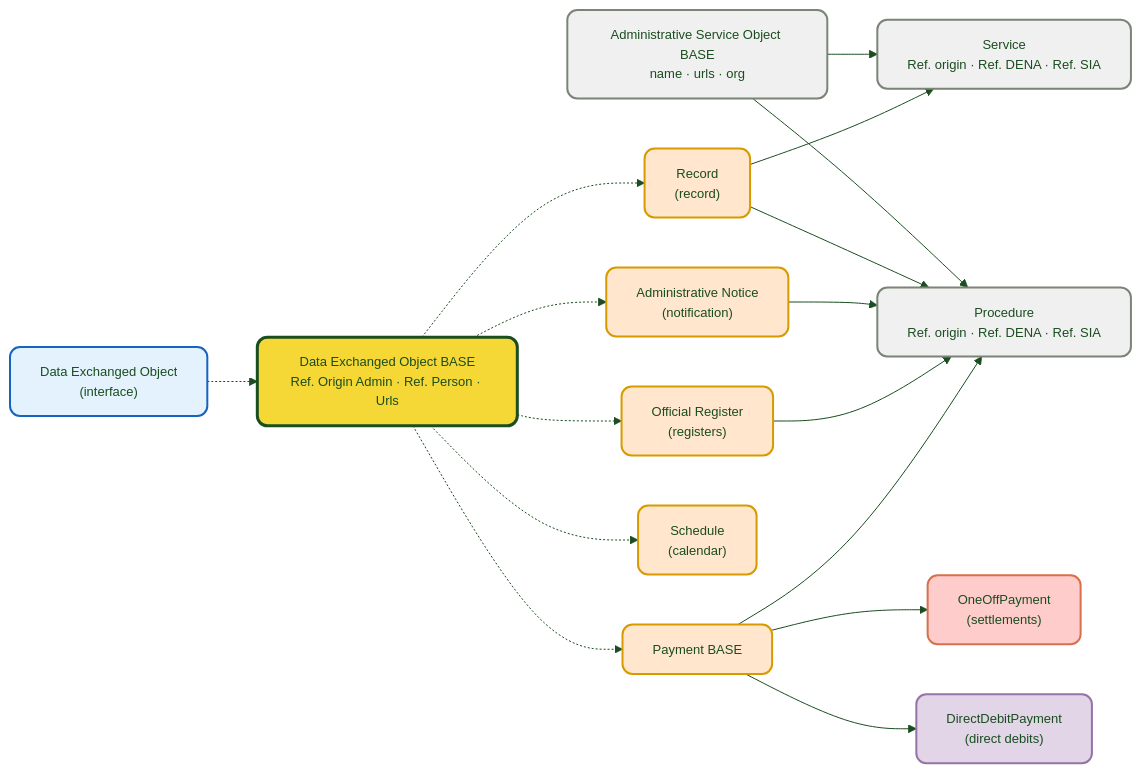
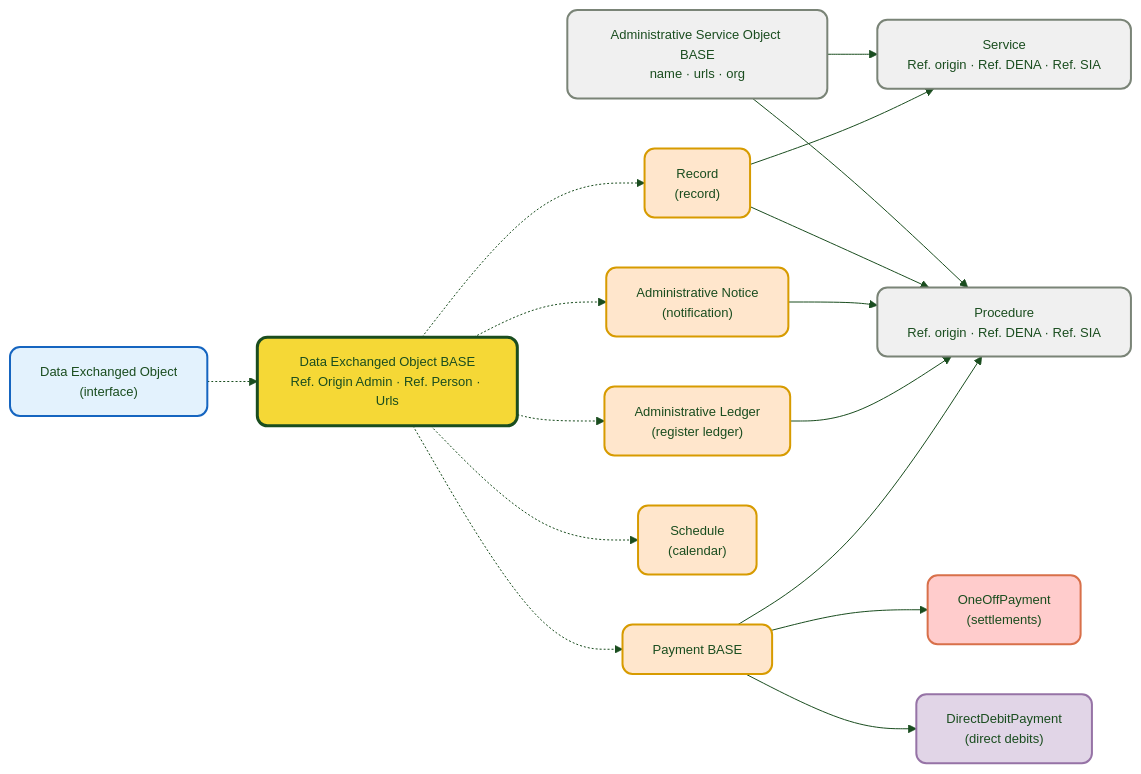
Before and after one commit to DENA-Euskadi/dena-euskadi.github.io: the first of 3 diagrams in docs/semantica/data-retrieve/index.en.md, drawn with Mermaid. The commit also changed other lines of this file and 75 other files, not shown here.

````diff
--- a/docs/semantica/data-retrieve/index.en.md
+++ b/docs/semantica/data-retrieve/index.en.md
@@ -25,74 +25,74 @@
 ```mermaid
 ---
 config:
   theme: base
   themeVariables:
     primaryColor: "#FFFFFF"
     primaryTextColor: "#1a4d1f"
     primaryBorderColor: "#70d680"
     lineColor: "#1a4d1f"
     fontSize: "13px"
     fontFamily: "Manrope, sans-serif"
     edgeLabelBackground: "#FFFFFF"
 ---
 flowchart LR
     IFACE["Data Exchanged Object\n(interface)"]
     BASE["Data Exchanged Object BASE\nRef. Origin Admin · Ref. Person · Urls"]
 
     IFACE -.-> BASE
 
     RECORD["Record\n(record)"]
     NOTICE["Administrative Notice\n(notification)"]
-    REGISTRY["Official Register\n(registers)"]
+    REGISTRY["Administrative Ledger\n(register ledger)"]
     PAYBASE["Payment BASE"]
     SCHEDULE["Schedule\n(calendar)"]
 
     BASE -.-> RECORD
     BASE -.-> NOTICE
     BASE -.-> REGISTRY
     BASE -.-> PAYBASE
     BASE -.-> SCHEDULE
 
     ONEOFF["OneOffPayment\n(settlements)"]
     DIRECTDEBIT["DirectDebitPayment\n(direct debits)"]
 
     PAYBASE --> ONEOFF
     PAYBASE --> DIRECTDEBIT
 
     SRVBASE["Administrative Service Object BASE\nname · urls · org"]
     SRV["Service\nRef. origin · Ref. DENA · Ref. SIA"]
     PROC["Procedure\nRef. origin · Ref. DENA · Ref. SIA"]
 
     SRVBASE --> SRV
     SRVBASE --> PROC
 
     RECORD --> SRV
     RECORD --> PROC
     NOTICE --> PROC
     REGISTRY --> PROC
     PAYBASE --> PROC
 
     click RECORD "./data/expediente/" "Ver documentación de Expediente"
     click NOTICE "./data/notificacion/" "Ver documentación de Notificación"
-    click REGISTRY "./data/registro-oficial/" "Ver documentación de Registro Oficial"
+    click REGISTRY "./data/libro-registro/" "See Register Ledger documentation"
     click PAYBASE "./data/pago/" "Ver documentación de Pagos"
     click ONEOFF "./data/pago/" "Ver documentación de Pago Único"
     click DIRECTDEBIT "./data/pago/" "Ver documentación de Domiciliación"
     click SCHEDULE "./data/cita/" "Ver documentación de Cita"
     click SRV "./data/servicio-administrativo/" "Ver documentación de Servicio"
     click PROC "./data/servicio-administrativo/" "Ver documentación de Procedimiento"
     click BASE "./data/campos-comunes/" "Ver campos comunes heredados"
 
     style IFACE fill:#e3f2fd,stroke:#1565c0,color:#1a4d1f,stroke-width:2px,rx:10,ry:10
     style BASE fill:#f5d836,stroke:#1a4d1f,color:#1a4d1f,stroke-width:3px,rx:10,ry:10
     style RECORD fill:#ffe6cc,stroke:#d79b00,color:#1a4d1f,stroke-width:2px,rx:10,ry:10
     style NOTICE fill:#ffe6cc,stroke:#d79b00,color:#1a4d1f,stroke-width:2px,rx:10,ry:10
     style REGISTRY fill:#ffe6cc,stroke:#d79b00,color:#1a4d1f,stroke-width:2px,rx:10,ry:10
     style PAYBASE fill:#ffe6cc,stroke:#d79b00,color:#1a4d1f,stroke-width:2px,rx:10,ry:10
     style SCHEDULE fill:#ffe6cc,stroke:#d79b00,color:#1a4d1f,stroke-width:2px,rx:10,ry:10
     style ONEOFF fill:#ffcccc,stroke:#d8704a,color:#1a4d1f,stroke-width:2px,rx:10,ry:10
     style DIRECTDEBIT fill:#e1d5e7,stroke:#9673a6,color:#1a4d1f,stroke-width:2px,rx:10,ry:10
     style SRVBASE fill:#f0f0f0,stroke:#7a8477,color:#1a4d1f,stroke-width:2px,rx:10,ry:10
     style SRV fill:#f0f0f0,stroke:#7a8477,color:#1a4d1f,stroke-width:2px,rx:10,ry:10
     style PROC fill:#f0f0f0,stroke:#7a8477,color:#1a4d1f,stroke-width:2px,rx:10,ry:10
 ```
````
